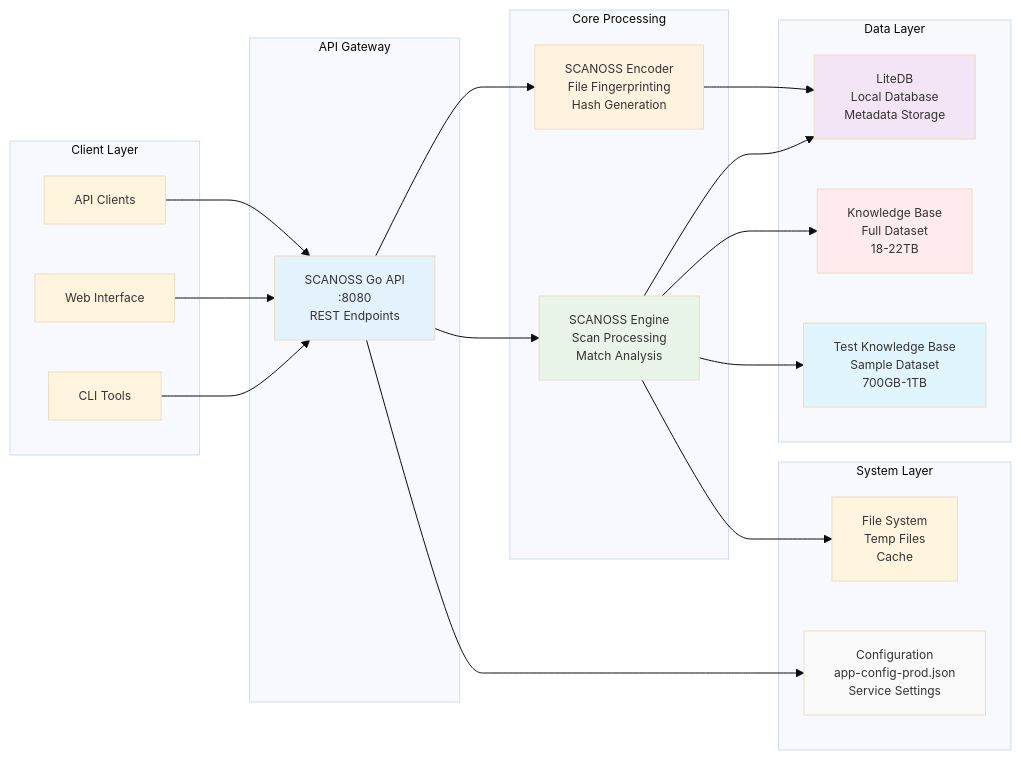
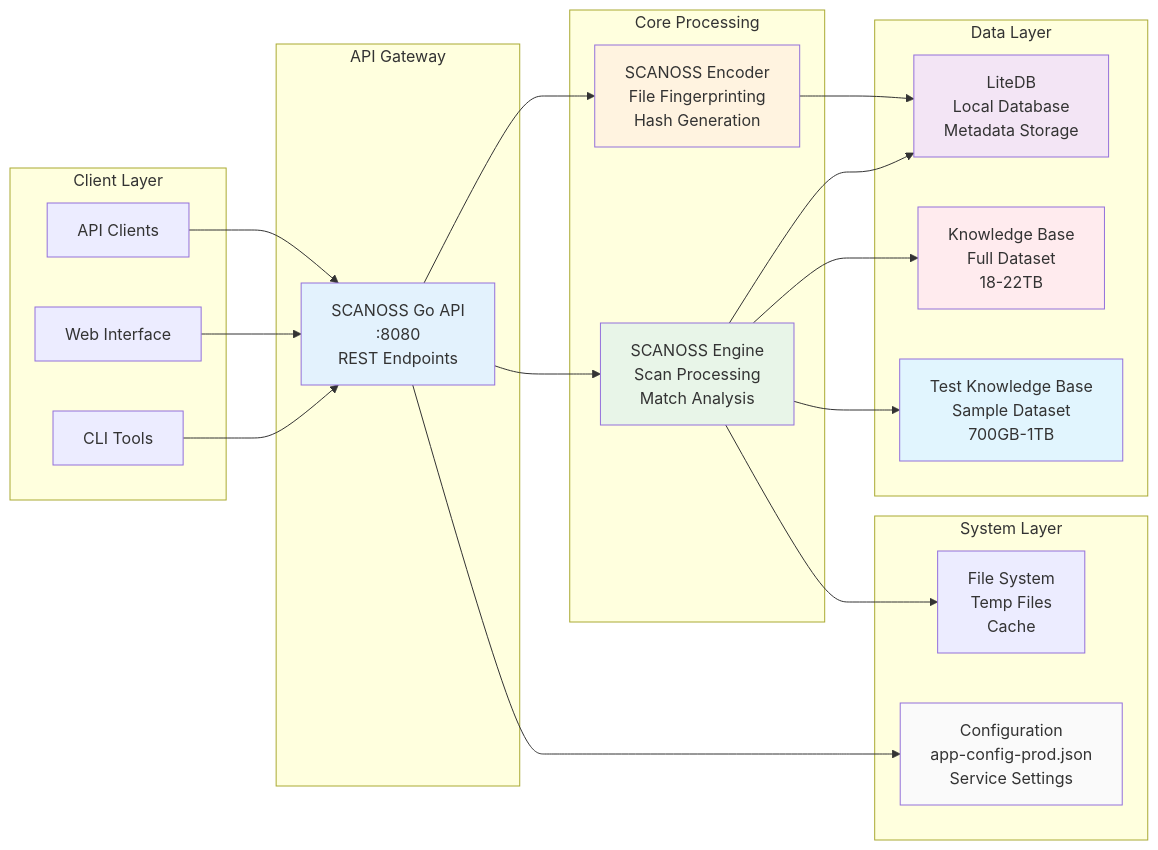
One commit to scanossmining/on-premise changed the first of 2 diagrams in install/README.md. Above: the diagram before and after it, drawn with Mermaid.

````diff
--- a/install/README.md
+++ b/install/README.md
@@ -35,52 +35,51 @@
 ```mermaid
-%%{init: {'theme':'base', 'themeVariables': {'fontSize': '12px'}}}%%
 graph LR
     subgraph "Client Layer"
         CLI[CLI Tools]
         WEB[Web Interface]
         API_CLIENT[API Clients]
     end
     
     subgraph "API Gateway"
         GO_API[SCANOSS Go API<br/>:8080<br/>REST Endpoints]
     end
     
     subgraph "Core Processing"
         ENGINE[SCANOSS Engine<br/>Scan Processing<br/>Match Analysis]
         ENCODER[SCANOSS Encoder<br/>File Fingerprinting<br/>Hash Generation]
     end
     
     subgraph "Data Layer"
         LDB[LiteDB<br/>Local Database<br/>Metadata Storage]
         KB_FULL[Knowledge Base<br/>Full Dataset<br/>18-22TB]
         KB_TEST[Test Knowledge Base<br/>Sample Dataset<br/>700GB-1TB]
     end
     
     subgraph "System Layer"
         FS[File System<br/>Temp Files<br/>Cache]
         CONFIG[Configuration<br/>app-config-prod.json<br/>Service Settings]
     end
     
     CLI --> GO_API
     WEB --> GO_API
     API_CLIENT --> GO_API
     
     GO_API --> ENGINE
     GO_API --> ENCODER
     
     ENGINE --> LDB
     ENGINE --> KB_FULL
     ENGINE --> KB_TEST
     ENCODER --> LDB
     
     ENGINE --> FS
     GO_API --> CONFIG
     
     style GO_API fill:#e3f2fd
     style ENGINE fill:#e8f5e8
     style ENCODER fill:#fff3e0
     style LDB fill:#f3e5f5
     style KB_FULL fill:#ffebee
     style KB_TEST fill:#e1f5fe
     style CONFIG fill:#fafafa
 ```
````
